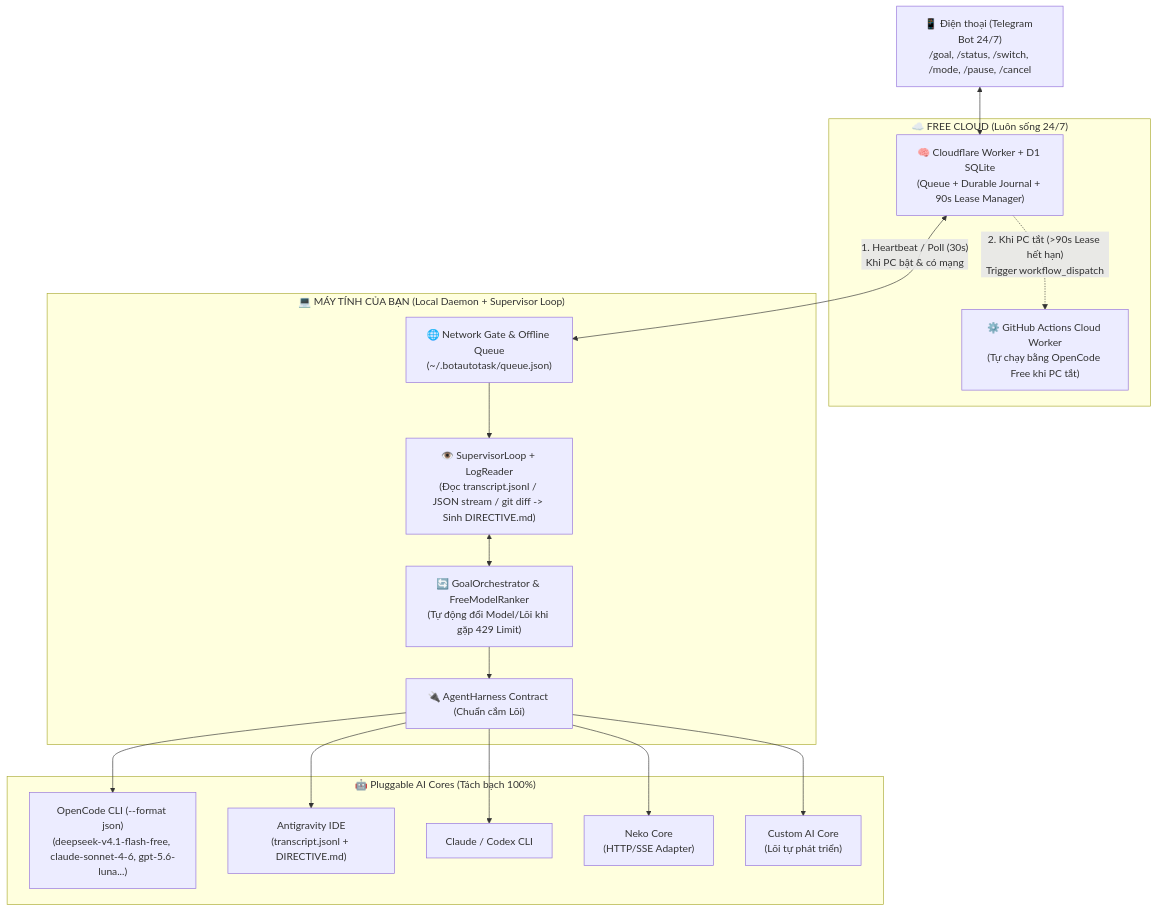
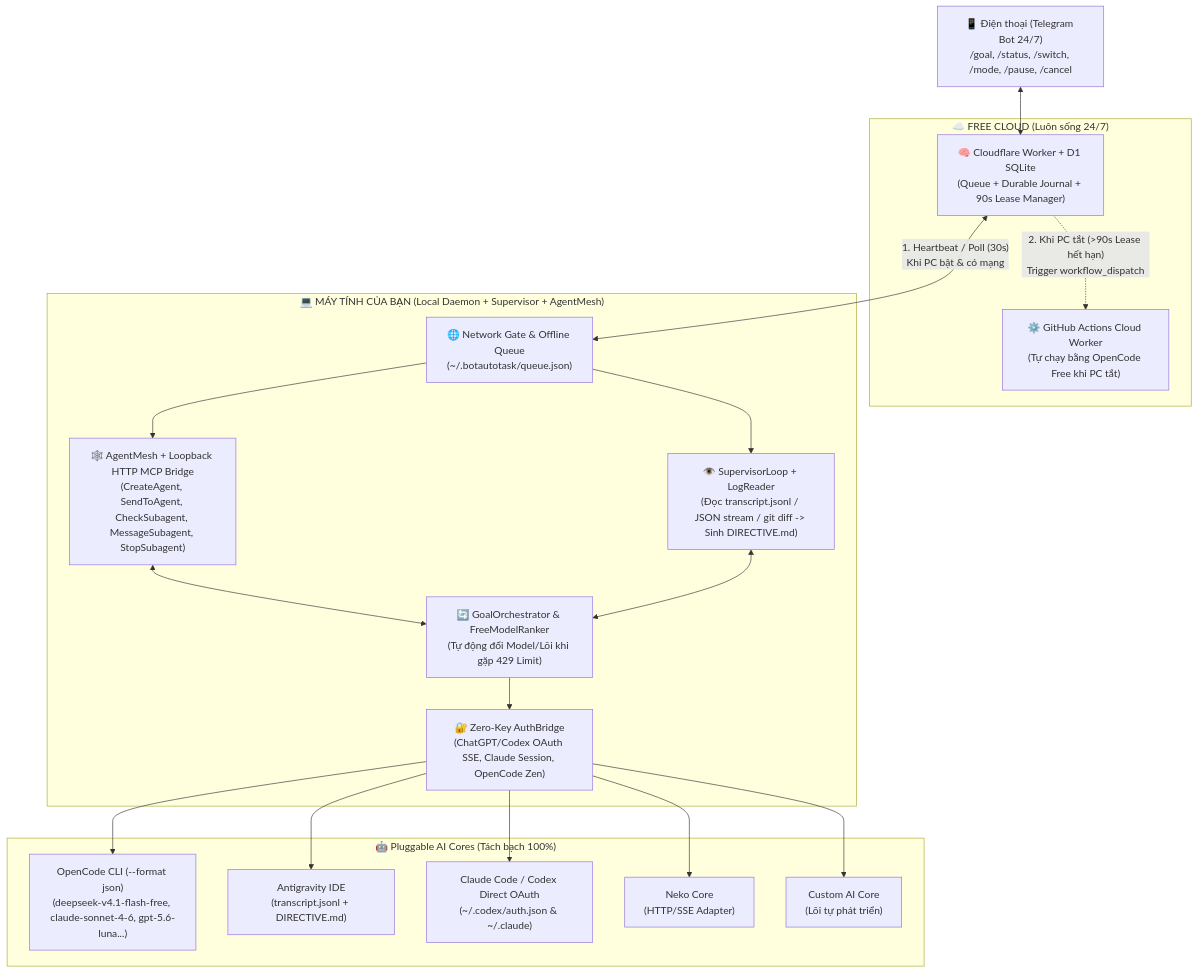
One commit to huongmh14/BotAutoTask changed the diagram in README.md. Above: the diagram before and after it, drawn with Mermaid. The commit also changed other lines of this file and 13 other files, not shown here.

Commit message:
feat(mesh): add multi-agent coworker mesh and docs/feature v2.0 blueprints

````diff
--- a/README.md
+++ b/README.md
@@ -137,31 +153,33 @@
 ```mermaid
 flowchart TD
     Phone["📱 Điện thoại (Telegram Bot 24/7)\n/goal, /status, /switch, /mode, /pause, /cancel"] <--> CloudCore
 
     subgraph FreeCloud ["☁️ FREE CLOUD (Luôn sống 24/7)"]
         CloudCore["🧠 Cloudflare Worker + D1 SQLite\n(Queue + Durable Journal + 90s Lease Manager)"]
         CloudWorker["⚙️ GitHub Actions Cloud Worker\n(Tự chạy bằng OpenCode Free khi PC tắt)"]
     end
 
-    subgraph LocalPC ["💻 MÁY TÍNH CỦA BẠN (Local Daemon + Supervisor Loop)"]
+    subgraph LocalPC ["💻 MÁY TÍNH CỦA BẠN (Local Daemon + Supervisor + AgentMesh)"]
         NetGate["🌐 Network Gate & Offline Queue\n(~/.botautotask/queue.json)"]
+        Mesh["🕸️ AgentMesh + Loopback HTTP MCP Bridge\n(CreateAgent, SendToAgent, CheckSubagent, MessageSubagent, StopSubagent)"]
         Supervisor["👁️ SupervisorLoop + LogReader\n(Đọc transcript.jsonl / JSON stream / git diff -> Sinh DIRECTIVE.md)"]
         Orchestrator["🔄 GoalOrchestrator & FreeModelRanker\n(Tự động đổi Model/Lõi khi gặp 429 Limit)"]
-        Contract["🔌 AgentHarness Contract (Chuẩn cắm Lõi)"]
+        AuthBridge["🔐 Zero-Key AuthBridge\n(ChatGPT/Codex OAuth SSE, Claude Session, OpenCode Zen)"]
     end
 
     subgraph Cores ["🤖 Pluggable AI Cores (Tách bạch 100%)"]
         OC["OpenCode CLI (--format json)\n(deepseek-v4.1-flash-free, claude-sonnet-4-6, gpt-5.6-luna...)"]
         AGY["Antigravity IDE\n(transcript.jsonl + DIRECTIVE.md)"]
-        CC["Claude / Codex CLI"]
+        CC["Claude Code / Codex Direct OAuth\n(~/.codex/auth.json & ~/.claude)"]
         NK["Neko Core\n(HTTP/SSE Adapter)"]
         CUST["Custom AI Core\n(Lõi tự phát triển)"]
     end
 
     CloudCore <-->|"1. Heartbeat / Poll (30s)\nKhi PC bật & có mạng"| NetGate
     CloudCore -.->|"2. Khi PC tắt (>90s Lease hết hạn)\nTrigger workflow_dispatch"| CloudWorker
-    NetGate --> Supervisor
+    NetGate --> Mesh & Supervisor
+    Mesh <--> Orchestrator
     Supervisor <--> Orchestrator
-    Orchestrator --> Contract
-    Contract --> OC & AGY & CC & NK & CUST
+    Orchestrator --> AuthBridge
+    AuthBridge --> OC & AGY & CC & NK & CUST
 ```
````
